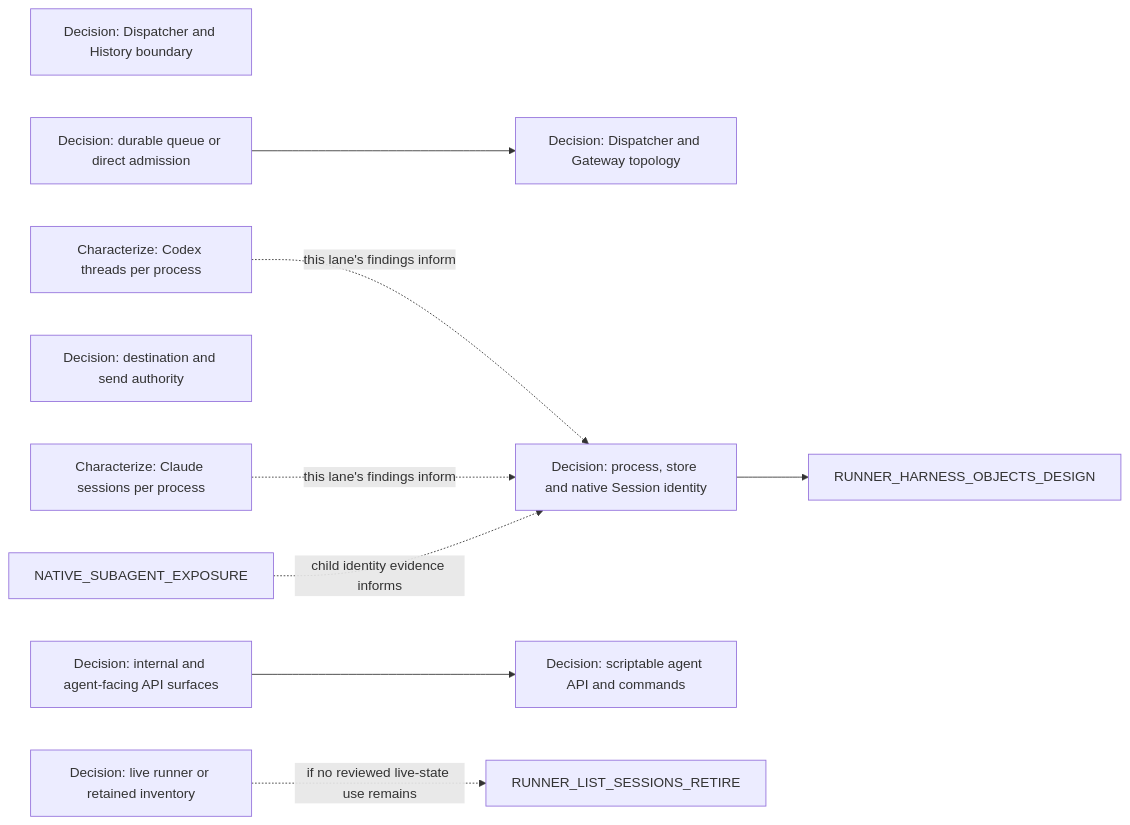
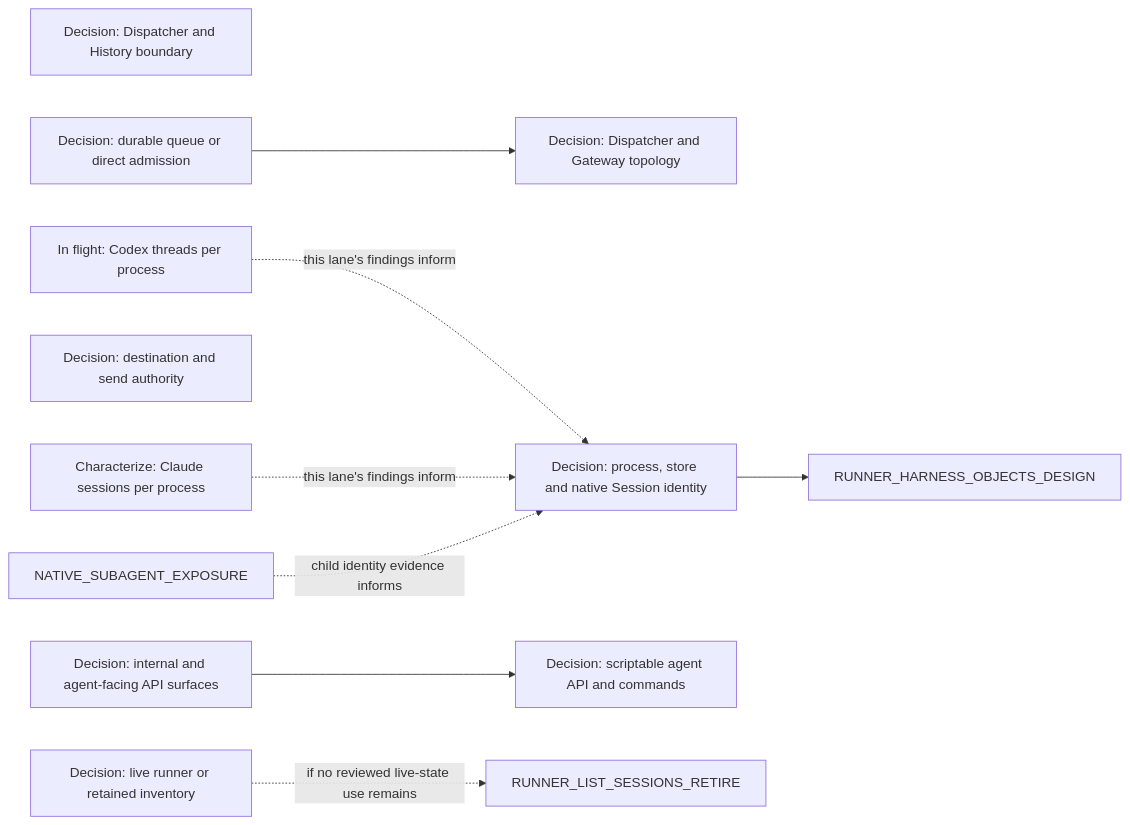
Diagram 17 of 17 in agentplane/plans/task_dag.md (agentydragon-agent/ducktape), drawn with Mermaid before and after one commit. The commit also changed other lines of this file and 7 other files, not shown here.

First line of the commit message:
Characterize multiple Codex app-server threads (#10663)

````diff
--- a/agentplane/plans/task_dag.md
+++ b/agentplane/plans/task_dag.md
@@ -1480,20 +1480,20 @@
 ```mermaid
 flowchart LR
     DISPATCHER_HISTORY_BOUNDARY_DESIGN[Decision: Dispatcher and History boundary]
     DISPATCHER_PERSISTENCE_MODEL_DESIGN[Decision: durable queue or direct admission]
     DISPATCHER_GATEWAY_TOPOLOGY_DESIGN[Decision: Dispatcher and Gateway topology]
     RUNNER_INVENTORY_AUTHORITY_DESIGN[Decision: live runner or retained inventory]
     DELIVERY_DESTINATION_AUTHORITY_DESIGN[Decision: destination and send authority]
-    CODEX_APP_SERVER_MULTIPLEXING[Characterize: Codex threads per process]
+    CODEX_APP_SERVER_MULTIPLEXING[In flight: Codex threads per process]
     CLAUDE_STREAM_SESSION_MULTIPLEXING[Characterize: Claude sessions per process]
     HARNESS_IDENTITY_DESIGN[Decision: process, store and native Session identity]
     INTERNAL_API_SURFACE_DESIGN[Decision: internal and agent-facing API surfaces]
     AGENT_API_TOOLING_DESIGN[Decision: scriptable agent API and commands]
     DISPATCHER_PERSISTENCE_MODEL_DESIGN --> DISPATCHER_GATEWAY_TOPOLOGY_DESIGN
     RUNNER_INVENTORY_AUTHORITY_DESIGN -. if no reviewed live-state use remains .-> RUNNER_LIST_SESSIONS_RETIRE
     CODEX_APP_SERVER_MULTIPLEXING -. this lane's findings inform .-> HARNESS_IDENTITY_DESIGN
     CLAUDE_STREAM_SESSION_MULTIPLEXING -. this lane's findings inform .-> HARNESS_IDENTITY_DESIGN
     NATIVE_SUBAGENT_EXPOSURE -. child identity evidence informs .-> HARNESS_IDENTITY_DESIGN
     HARNESS_IDENTITY_DESIGN --> RUNNER_HARNESS_OBJECTS_DESIGN
     INTERNAL_API_SURFACE_DESIGN --> AGENT_API_TOOLING_DESIGN
 ```
````
